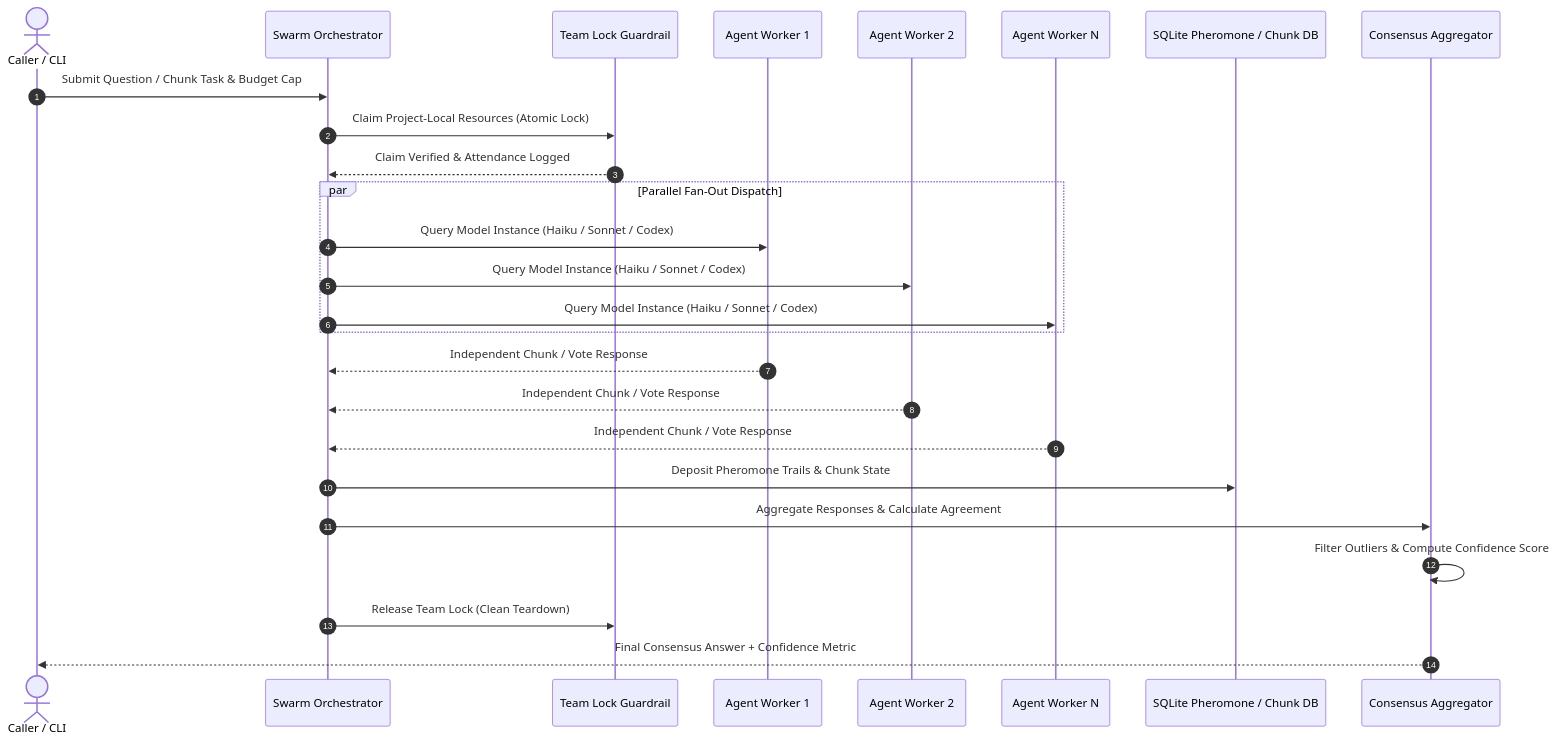
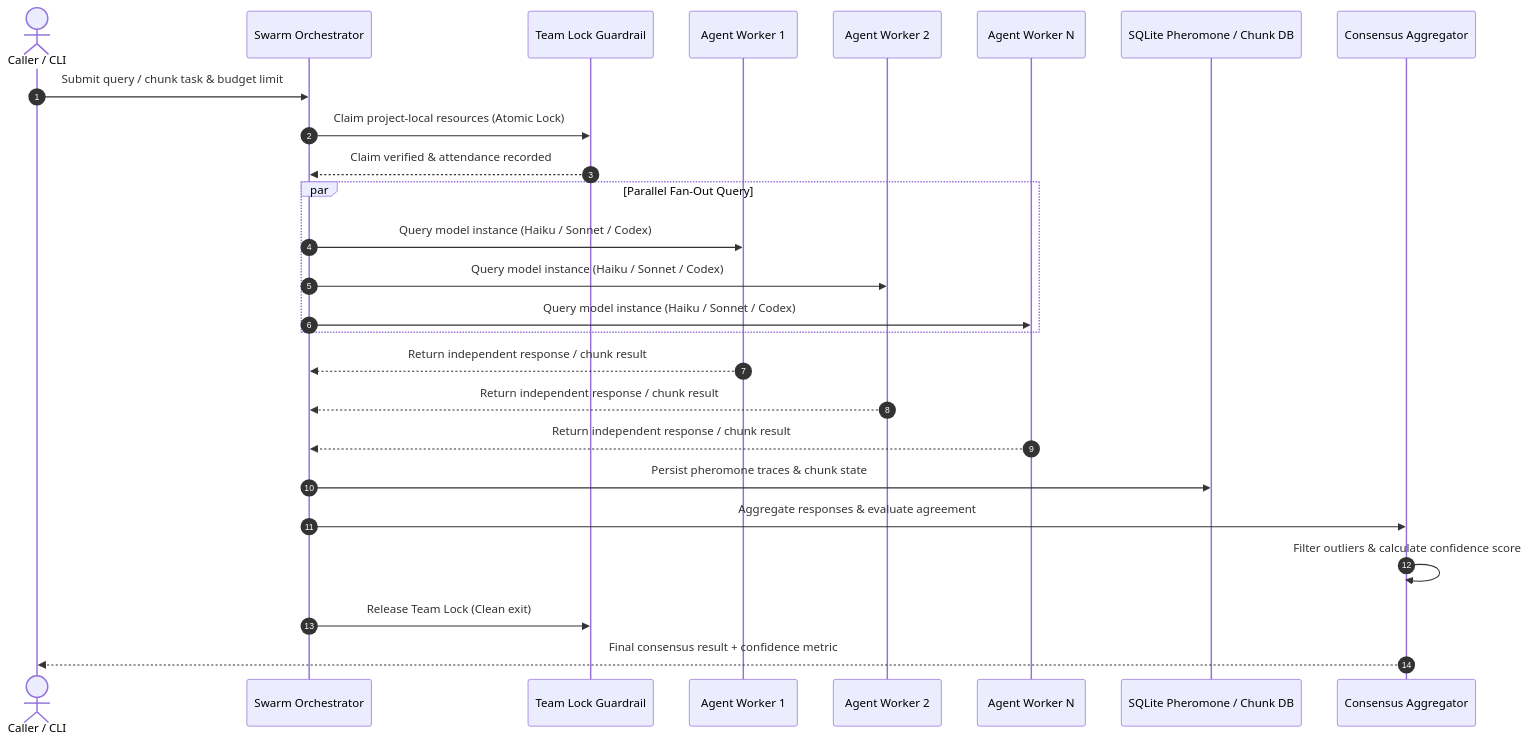
Before and after one commit to cschanhniem/swarm-ai: the second of 2 diagrams in README.md, drawn with Mermaid. The commit also changed other lines of this file and 7 other files, not shown here.

````diff
--- a/README.md
+++ b/README.md
@@ -99,29 +193,29 @@
 ```mermaid
 sequenceDiagram
     autonumber
     actor Caller as Caller / CLI
     participant Orch as Swarm Orchestrator
     participant Guard as Team Lock Guardrail
     participant WorkerA as Agent Worker 1
     participant WorkerB as Agent Worker 2
     participant WorkerN as Agent Worker N
     participant Store as SQLite Pheromone / Chunk DB
     participant Voter as Consensus Aggregator
 
-    Caller->>Orch: Submit Question / Chunk Task & Budget Cap
-    Orch->>Guard: Claim Project-Local Resources (Atomic Lock)
-    Guard-->>Orch: Claim Verified & Attendance Logged
-    par Parallel Fan-Out Dispatch
-        Orch->>WorkerA: Query Model Instance (Haiku / Sonnet / Codex)
-        Orch->>WorkerB: Query Model Instance (Haiku / Sonnet / Codex)
-        Orch->>WorkerN: Query Model Instance (Haiku / Sonnet / Codex)
+    Caller->>Orch: Submit query / chunk task & budget limit
+    Orch->>Guard: Claim project-local resources (Atomic Lock)
+    Guard-->>Orch: Claim verified & attendance recorded
+    par Parallel Fan-Out Query
+        Orch->>WorkerA: Query model instance (Haiku / Sonnet / Codex)
+        Orch->>WorkerB: Query model instance (Haiku / Sonnet / Codex)
+        Orch->>WorkerN: Query model instance (Haiku / Sonnet / Codex)
     end
-    WorkerA-->>Orch: Independent Chunk / Vote Response
-    WorkerB-->>Orch: Independent Chunk / Vote Response
-    WorkerN-->>Orch: Independent Chunk / Vote Response
-    Orch->>Store: Deposit Pheromone Trails & Chunk State
-    Orch->>Voter: Aggregate Responses & Calculate Agreement
-    Voter->>Voter: Filter Outliers & Compute Confidence Score
-    Orch->>Guard: Release Team Lock (Clean Teardown)
-    Voter-->>Caller: Final Consensus Answer + Confidence Metric
+    WorkerA-->>Orch: Return independent response / chunk result
+    WorkerB-->>Orch: Return independent response / chunk result
+    WorkerN-->>Orch: Return independent response / chunk result
+    Orch->>Store: Persist pheromone traces & chunk state
+    Orch->>Voter: Aggregate responses & evaluate agreement
+    Voter->>Voter: Filter outliers & calculate confidence score
+    Orch->>Guard: Release Team Lock (Clean exit)
+    Voter-->>Caller: Final consensus result + confidence metric
 ```
````
